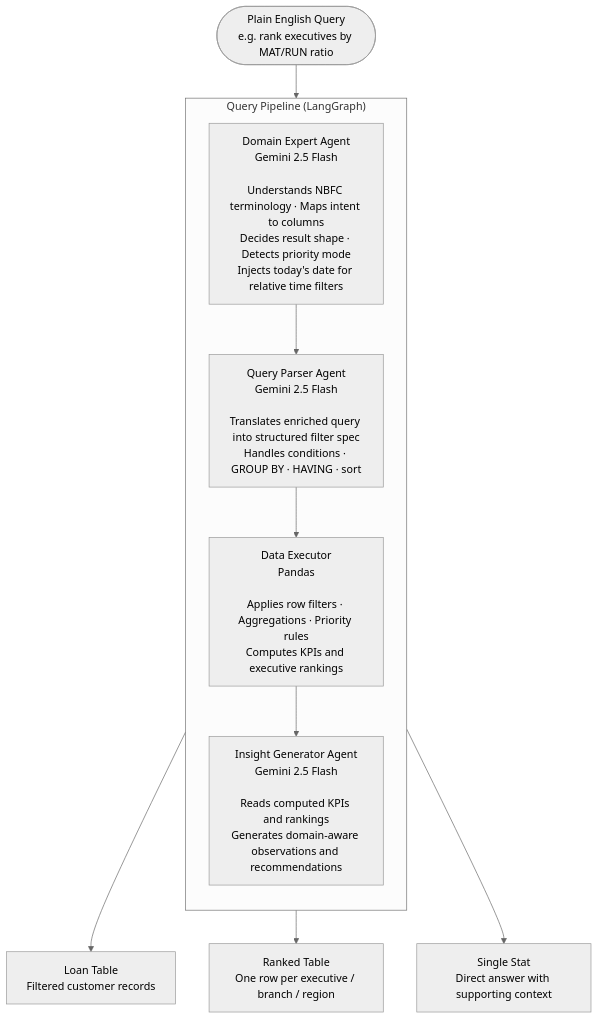
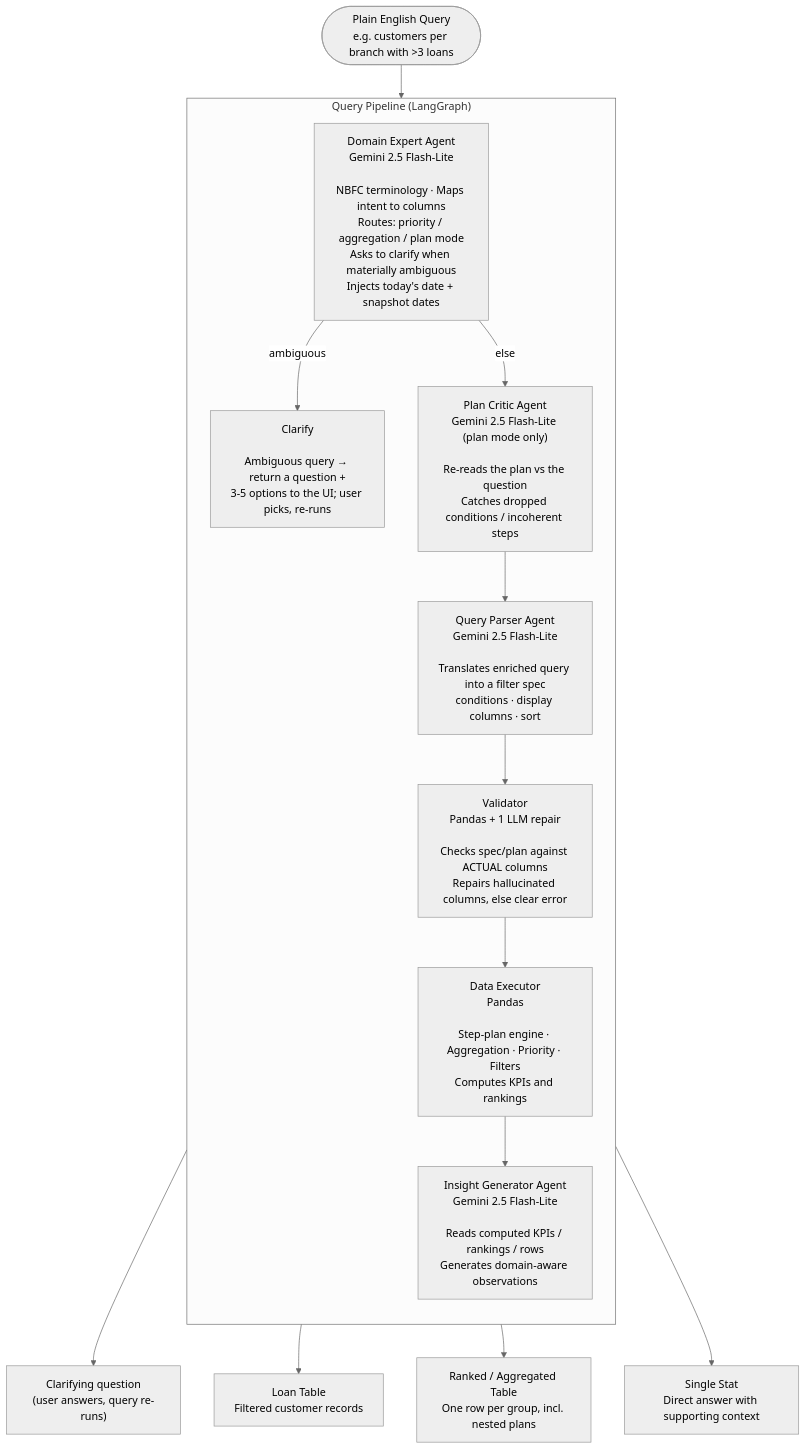
The first of 3 diagrams in CLAUDE.md (Sanjay-00/CollectionIQ), drawn with Mermaid (neutral theme) before and after one commit. The commit also changed other lines of this file, not shown here.

````diff
--- a/CLAUDE.md
+++ b/CLAUDE.md
@@ -67,19 +87,25 @@
 ```mermaid
 flowchart TD
-    User(["Plain English Query\ne.g. rank executives by MAT/RUN ratio"])
+    User(["Plain English Query\ne.g. customers per branch with >3 loans"])
 
     User --> DE
 
     subgraph QP ["  Query Pipeline  (LangGraph)  "]
         direction TB
-        DE["Domain Expert Agent\nGemini 2.5 Flash\n\nUnderstands NBFC terminology · Maps intent to columns\nDecides result shape · Detects priority mode\nInjects today's date for relative time filters"]
-        PP["Query Parser Agent\nGemini 2.5 Flash\n\nTranslates enriched query into structured filter spec\nHandles conditions · GROUP BY · HAVING · sort"]
-        EX["Data Executor\nPandas\n\nApplies row filters · Aggregations · Priority rules\nComputes KPIs and executive rankings"]
-        IG["Insight Generator Agent\nGemini 2.5 Flash\n\nReads computed KPIs and rankings\nGenerates domain-aware observations and recommendations"]
-        DE --> PP --> EX --> IG
+        DE["Domain Expert Agent\nGemini 2.5 Flash-Lite\n\nNBFC terminology · Maps intent to columns\nRoutes: priority / aggregation / plan mode\nAsks to clarify when materially ambiguous\nInjects today's date + snapshot dates"]
+        CL["Clarify\n\nAmbiguous query → return a question +\n3-5 options to the UI; user picks, re-runs"]
+        CR["Plan Critic Agent\nGemini 2.5 Flash-Lite (plan mode only)\n\nRe-reads the plan vs the question\nCatches dropped conditions / incoherent steps"]
+        PP["Query Parser Agent\nGemini 2.5 Flash-Lite\n\nTranslates enriched query into a filter spec\nconditions · display columns · sort"]
+        VAL2["Validator\nPandas + 1 LLM repair\n\nChecks spec/plan against ACTUAL columns\nRepairs hallucinated columns, else clear error"]
+        EX["Data Executor\nPandas\n\nStep-plan engine · Aggregation · Priority · Filters\nComputes KPIs and rankings"]
+        IG["Insight Generator Agent\nGemini 2.5 Flash-Lite\n\nReads computed KPIs / rankings / rows\nGenerates domain-aware observations"]
+        DE -->|ambiguous| CL
+        DE -->|else| CR
+        CR --> PP --> VAL2 --> EX --> IG
     end
 
+    CL --> RQ["Clarifying question\n(user answers, query re-runs)"]
     IG --> R1["Loan Table\nFiltered customer records"]
-    IG --> R2["Ranked Table\nOne row per executive / branch / region"]
+    IG --> R2["Ranked / Aggregated Table\nOne row per group, incl. nested plans"]
     IG --> R3["Single Stat\nDirect answer with supporting context"]
 ```
````
